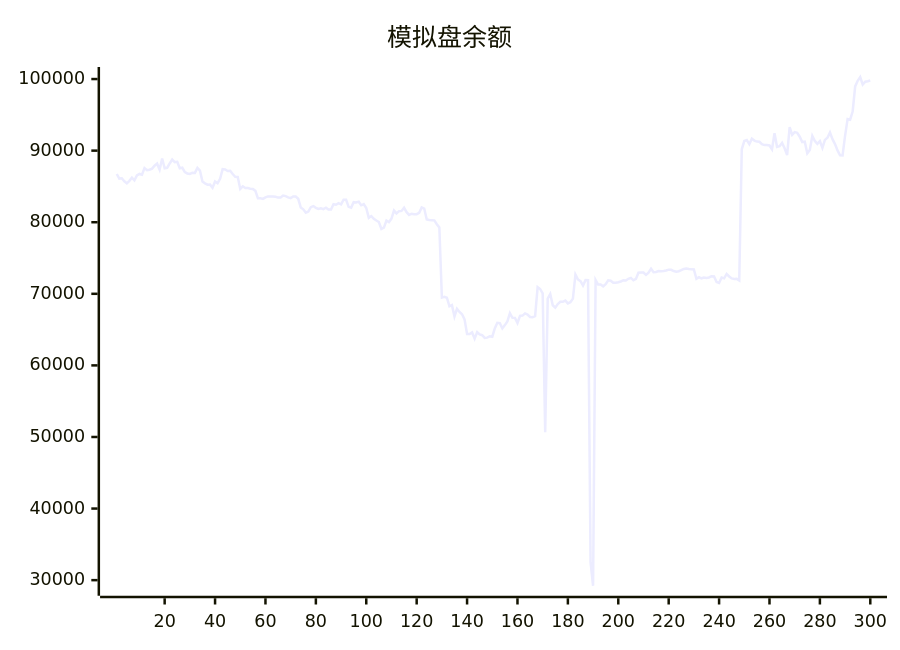
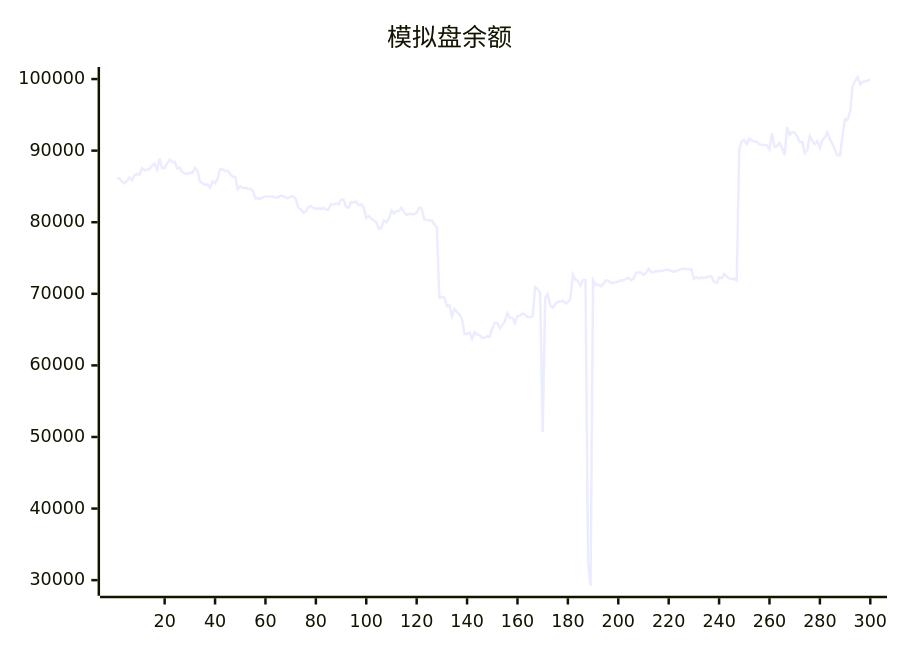
Before and after one commit to aahl/ai-trading: the diagram in README.md, drawn with Mermaid. The commit also changed other lines of this file and 1 other file, not shown here.

````diff
--- a/README.md
+++ b/README.md
@@ -5,5 +5,5 @@
 ```mermaid
 xychart
     title "模拟盘余额"
-    line [86737,86094,86143,85725,85437,85787,86219,85859,86526,86740,86630,87563,87264,87335,87483,87886,88180,87335,88894,87544,87608,88207,88755,88401,88444,87543,87608,87000,86810,86740,86894,86884,87576,87209,85686,85435,85251,85255,84820,85689,85453,86066,87420,87373,87161,87178,86740,86341,86315,84643,85012,84772,84768,84690,84635,84376,83360,83357,83259,83474,83608,83606,83602,83548,83440,83454,83724,83644,83464,83365,83590,83592,83275,82072,81806,81344,81492,82109,82254,82006,81848,81955,81829,82022,81769,81776,82522,82441,82656,82498,83144,83144,82150,82038,82797,82763,82872,82367,82536,81981,80612,80862,80484,80242,80034,79063,79245,80226,80016,80507,81625,81233,81544,81578,82016,81401,81019,81186,81130,81118,81306,82066,81909,80392,80304,80291,80258,79729,79261,69466,69579,69456,68251,68415,66832,67911,67462,67144,66432,64380,64375,64606,63740,64647,64324,64216,63842,63877,64078,64008,65156,65945,65888,65157,65625,66144,67284,66653,66639,65924,66925,66956,67263,67108,66766,66729,66886,70927,70673,70049,50652,69334,69973,68400,68061,68578,68876,68879,69055,68662,68822,69329,72687,71999,71760,71162,71911,71896,32500,29218,71927,71297,71305,71044,71337,71883,71822,71536,71536,71622,71723,71880,71860,72100,72216,71887,72077,72940,72976,72966,72638,72948,73497,73004,73041,73173,73160,73186,73258,73375,73351,73173,73098,73161,73305,73474,73536,73457,73413,73412,72100,72333,72164,72272,72204,72285,72461,72421,71652,71521,72267,72157,72774,72424,72144,72060,72091,71858,90185,91338,91466,90900,91678,91404,91268,91244,90903,90779,90787,90721,90187,92429,90518,90619,91070,90328,89376,93286,92202,92581,92485,91947,91196,91259,89619,90086,92063,91355,90950,91327,90373,91498,91800,92531,91603,90910,90031,89351,89334,92097,94406,94315,95455,98972,99763,100286,99229,99622,99701,99805]
+    line [86094,86143,85725,85437,85787,86219,85859,86526,86740,86630,87563,87264,87335,87483,87886,88180,87335,88894,87544,87608,88207,88755,88401,88444,87543,87608,87000,86810,86740,86894,86884,87576,87209,85686,85435,85251,85255,84820,85689,85453,86066,87420,87373,87161,87178,86740,86341,86315,84643,85012,84772,84768,84690,84635,84376,83360,83357,83259,83474,83608,83606,83602,83548,83440,83454,83724,83644,83464,83365,83590,83592,83275,82072,81806,81344,81492,82109,82254,82006,81848,81955,81829,82022,81769,81776,82522,82441,82656,82498,83144,83144,82150,82038,82797,82763,82872,82367,82536,81981,80612,80862,80484,80242,80034,79063,79245,80226,80016,80507,81625,81233,81544,81578,82016,81401,81019,81186,81130,81118,81306,82066,81909,80392,80304,80291,80258,79729,79261,69466,69579,69456,68251,68415,66832,67911,67462,67144,66432,64380,64375,64606,63740,64647,64324,64216,63842,63877,64078,64008,65156,65945,65888,65157,65625,66144,67284,66653,66639,65924,66925,66956,67263,67108,66766,66729,66886,70927,70673,70049,50652,69334,69973,68400,68061,68578,68876,68879,69055,68662,68822,69329,72687,71999,71760,71162,71911,71896,32500,29218,71927,71297,71305,71044,71337,71883,71822,71536,71536,71622,71723,71880,71860,72100,72216,71887,72077,72940,72976,72966,72638,72948,73497,73004,73041,73173,73160,73186,73258,73375,73351,73173,73098,73161,73305,73474,73536,73457,73413,73412,72100,72333,72164,72272,72204,72285,72461,72421,71652,71521,72267,72157,72774,72424,72144,72060,72091,71858,90185,91338,91466,90900,91678,91404,91268,91244,90903,90779,90787,90721,90187,92429,90518,90619,91070,90328,89376,93286,92202,92581,92485,91947,91196,91259,89619,90086,92063,91355,90950,91327,90373,91498,91800,92531,91603,90910,90031,89351,89334,92097,94406,94315,95455,98972,99763,100286,99229,99622,99701,99805,99938]
 ```
````
